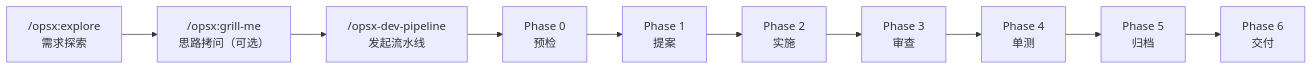
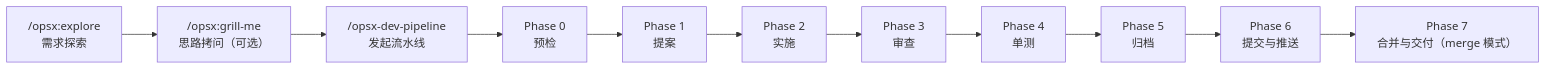
One commit to ZhaoYis/My-Skills changed the first of 3 diagrams in dev-pipeline/docs/share-doc/practice-guide.md. Above: the diagram before and after it, drawn with Mermaid. The commit also changed other lines of this file and 46 other files, not shown here.

First line of the commit message:
feat: Refactor dev-pipeline phases to include Phase 7 for merge and delivery

````diff
--- a/dev-pipeline/docs/share-doc/practice-guide.md
+++ b/dev-pipeline/docs/share-doc/practice-guide.md
@@ -146,12 +146,13 @@
 ```mermaid
 flowchart LR
     A["/opsx:explore<br/>需求探索"] --> B["/opsx:grill-me<br/>思路拷问（可选）"]
     B --> C["/opsx-dev-pipeline<br/>发起流水线"]
     C --> D["Phase 0<br/>预检"]
     D --> E["Phase 1<br/>提案"]
     E --> F["Phase 2<br/>实施"]
     F --> G["Phase 3<br/>审查"]
     G --> H["Phase 4<br/>单测"]
     H --> I["Phase 5<br/>归档"]
-    I --> J["Phase 6<br/>交付"]
+    I --> J["Phase 6<br/>提交与推送"]
+    J --> K["Phase 7<br/>合并与交付（merge 模式）"]
 ```
````
